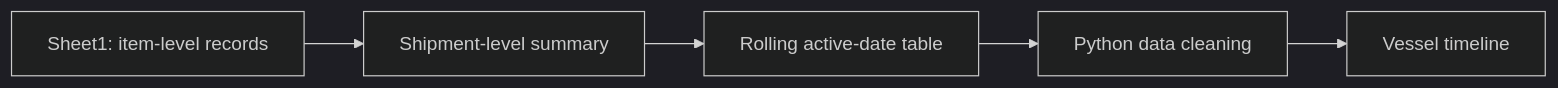
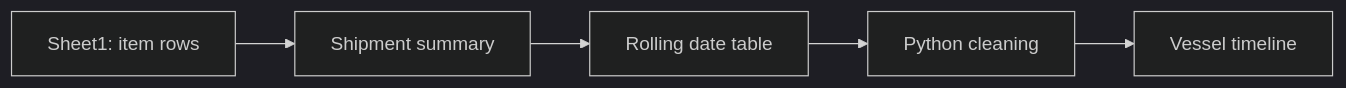
Before and after one commit to khaothip/logistics-vessel-tracker: the diagram in README.md, drawn with Mermaid (dark theme). The commit also changed other lines of this file, not shown here.

````diff
--- a/README.md
+++ b/README.md
@@ -19,7 +15,7 @@
 ```mermaid
 flowchart LR
-    A["Sheet1: item-level records"] --> B["Shipment-level summary"]
-    B --> C["Rolling active-date table"]
-    C --> D["Python data cleaning"]
+    A["Sheet1: item rows"] --> B["Shipment summary"]
+    B --> C["Rolling date table"]
+    C --> D["Python cleaning"]
     D --> E["Vessel timeline"]
 ```
````
